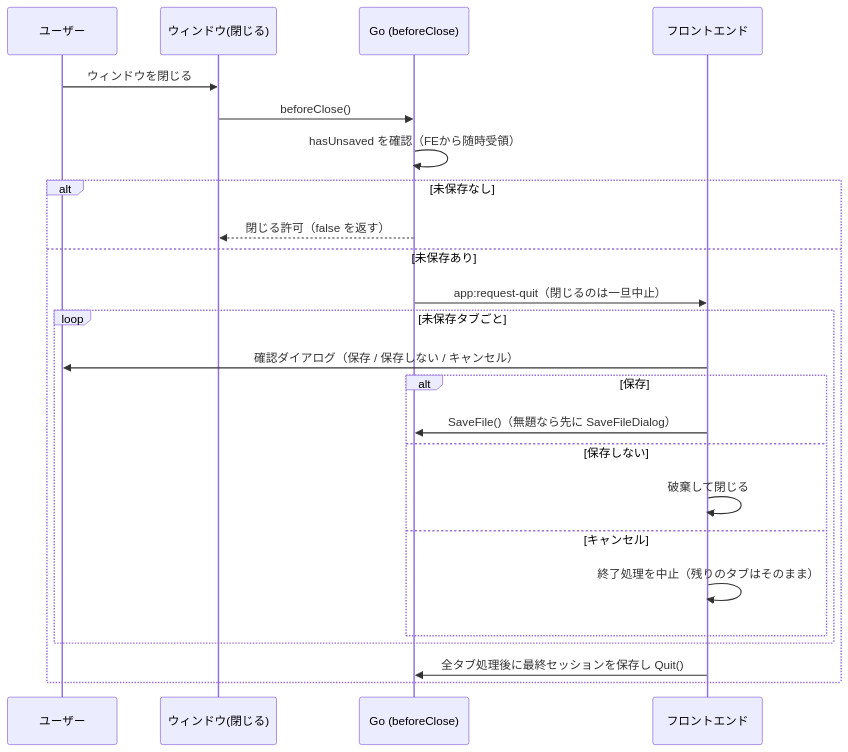
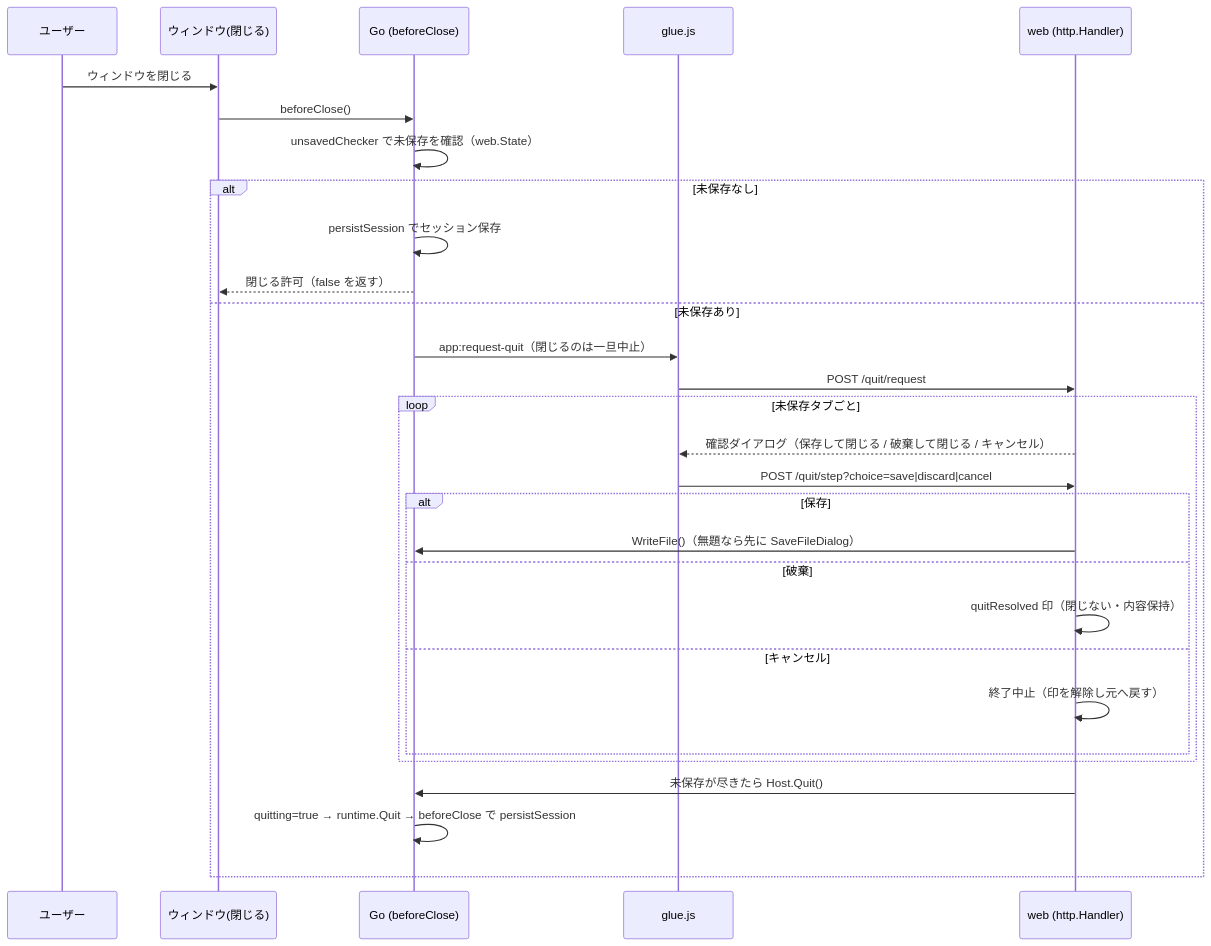
One commit to osakichi/Markmiru changed the second of 3 diagrams in docs/アーキテクチャ・画面設計.md. Above: the diagram before and after it, drawn with Mermaid. The commit also changed other lines of this file and 100 other files, not shown here.

Commit message:
Change base architecture to server-side rendering

````diff
--- a/docs/アーキテクチャ・画面設計.md
+++ b/docs/アーキテクチャ・画面設計.md
@@ -250,27 +292,32 @@
 ```mermaid
 sequenceDiagram
   participant U as ユーザー
   participant W as ウィンドウ(閉じる)
   participant Go as Go (beforeClose)
-  participant FE as フロントエンド
+  participant Glue as glue.js
+  participant Web as web (http.Handler)
 
   U->>W: ウィンドウを閉じる
   W->>Go: beforeClose()
-  Go->>Go: hasUnsaved を確認（FEから随時受領）
+  Go->>Go: unsavedChecker で未保存を確認（web.State）
   alt 未保存なし
+    Go->>Go: persistSession でセッション保存
     Go-->>W: 閉じる許可（false を返す）
   else 未保存あり
-    Go->>FE: app:request-quit（閉じるのは一旦中止）
+    Go->>Glue: app:request-quit（閉じるのは一旦中止）
+    Glue->>Web: POST /quit/request
     loop 未保存タブごと
-      FE->>U: 確認ダイアログ（保存 / 保存しない / キャンセル）
+      Web-->>Glue: 確認ダイアログ（保存して閉じる / 破棄して閉じる / キャンセル）
+      Glue->>Web: POST /quit/step?choice=save|discard|cancel
       alt 保存
-        FE->>Go: SaveFile()（無題なら先に SaveFileDialog）
-      else 保存しない
-        FE->>FE: 破棄して閉じる
+        Web->>Go: WriteFile()（無題なら先に SaveFileDialog）
+      else 破棄
+        Web->>Web: quitResolved 印（閉じない・内容保持）
       else キャンセル
-        FE->>FE: 終了処理を中止（残りのタブはそのまま）
+        Web->>Web: 終了中止（印を解除し元へ戻す）
       end
     end
-    FE->>Go: 全タブ処理後に最終セッションを保存し Quit()
+    Web->>Go: 未保存が尽きたら Host.Quit()
+    Go->>Go: quitting=true → runtime.Quit → beforeClose で persistSession
   end
 ```
````
